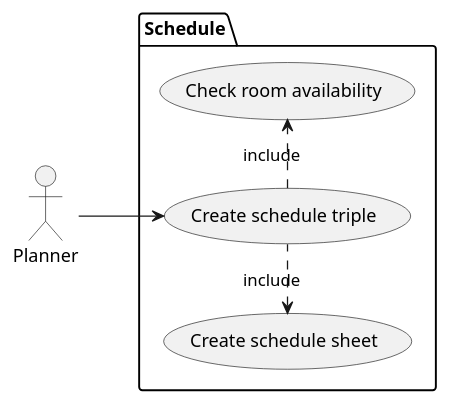
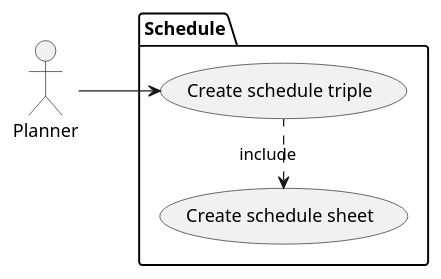
One commit to schafric/MFF-NSWI041 changed the fourth of 9 diagrams in 1/seminar-work.md. Above: the diagram before and after it, drawn with PlantUML. The commit also changed other lines of this file, not shown here.

````diff
--- a/1/seminar-work.md
+++ b/1/seminar-work.md
@@ -359,14 +377,12 @@
 ```plantuml
 @startuml
 left to right direction
 actor Planner
 package Schedule {
-    usecase "Check room availability" as Check    
     usecase "Create schedule triple" as Triple
     usecase "Create schedule sheet" as Sheet
 }
-Triple .> Check : include
 Sheet <. Triple : include
 Planner --> Triple
 @enduml
 ```
````
